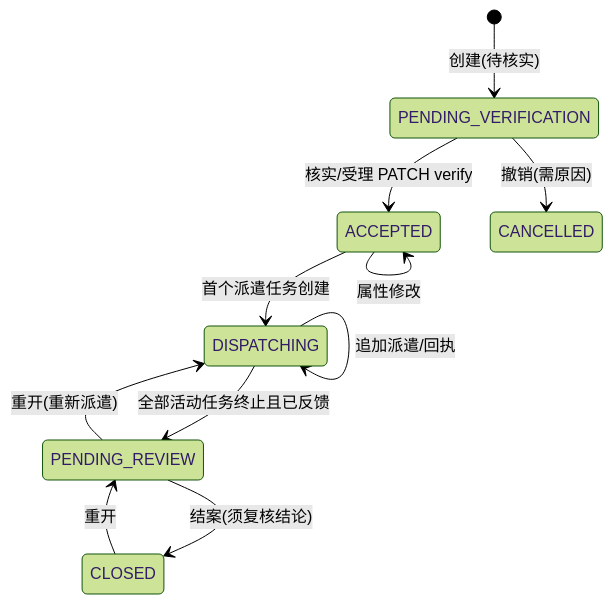
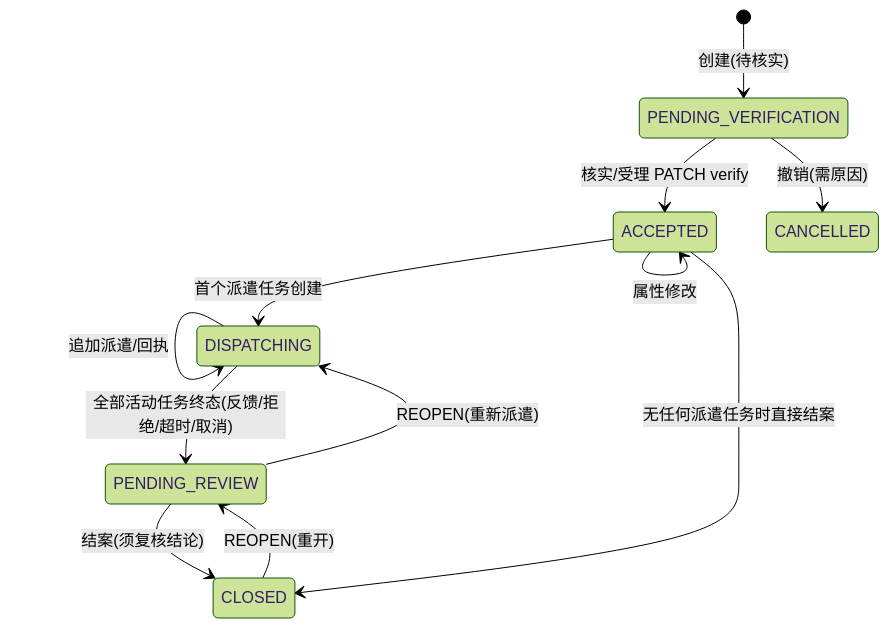
One commit to edidada/Advanced110AlarmSystem changed the second of 6 diagrams in docs/详细设计文档.md. Above: the diagram before and after it, drawn with Mermaid (forest theme). The commit also changed other lines of this file and 108 other files, not shown here.

````diff
--- a/docs/详细设计文档.md
+++ b/docs/详细设计文档.md
@@ -50,13 +50,14 @@
 ```mermaid
 stateDiagram-v2
     [*] --> PENDING_VERIFICATION: 创建(待核实)
     PENDING_VERIFICATION --> ACCEPTED: 核实/受理 PATCH verify
     PENDING_VERIFICATION --> CANCELLED: 撤销(需原因)
     ACCEPTED --> DISPATCHING: 首个派遣任务创建
     DISPATCHING --> DISPATCHING: 追加派遣/回执
     ACCEPTED --> ACCEPTED: 属性修改
-    DISPATCHING --> PENDING_REVIEW: 全部活动任务终止且已反馈
+    ACCEPTED --> CLOSED: 无任何派遣任务时直接结案
+    DISPATCHING --> PENDING_REVIEW: 全部活动任务终态(反馈/拒绝/超时/取消)
     PENDING_REVIEW --> CLOSED: 结案(须复核结论)
-    PENDING_REVIEW --> DISPATCHING: 重开(重新派遣)
-    CLOSED --> PENDING_REVIEW: 重开
+    PENDING_REVIEW --> DISPATCHING: REOPEN(重新派遣)
+    CLOSED --> PENDING_REVIEW: REOPEN(重开)
 ```
````
